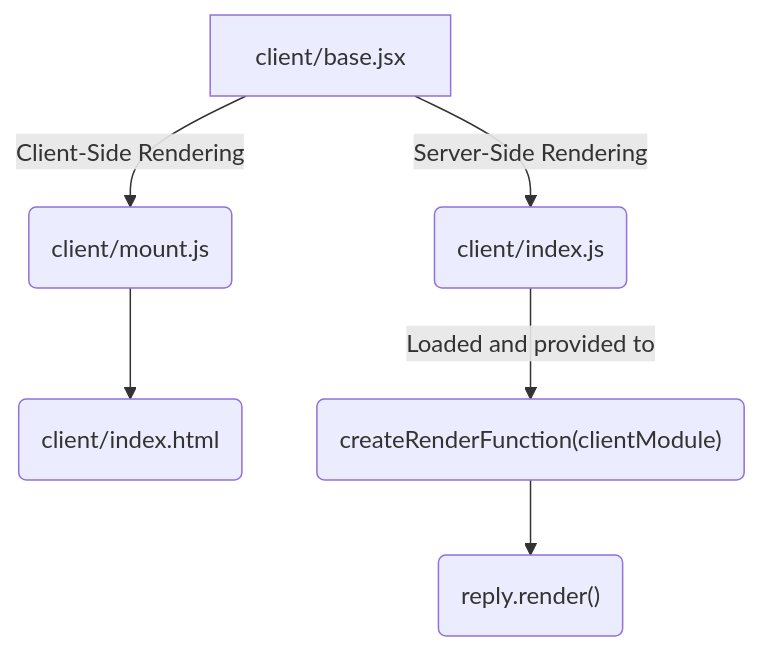
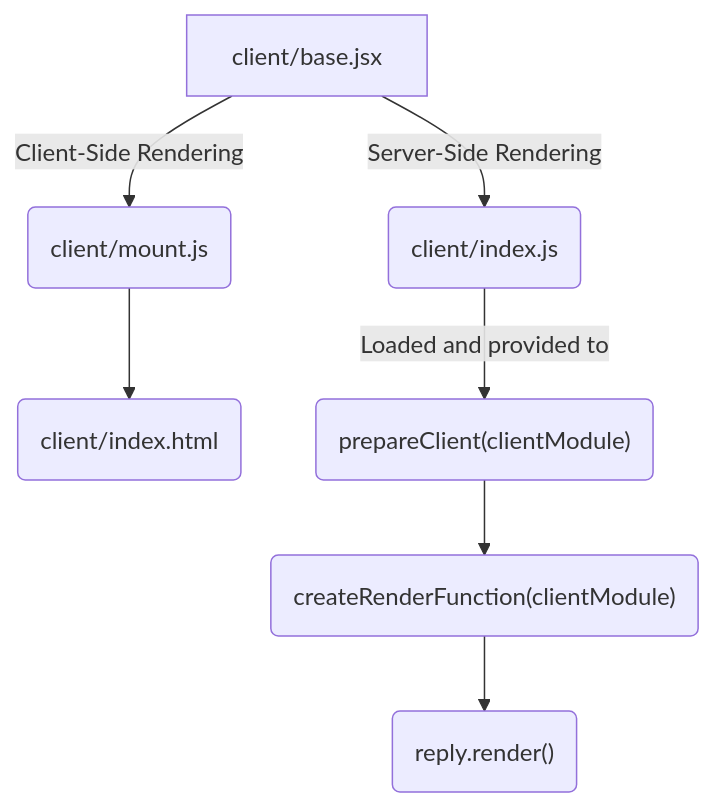
Before and after one commit to fastify/fastify-vite: the second of 2 diagrams in docs/guide/rendering-function.md, drawn with Mermaid. The commit also changed other lines of this file, not shown here.

````diff
--- a/docs/guide/rendering-function.md
+++ b/docs/guide/rendering-function.md
@@ -115,8 +109,9 @@
 ```mermaid
 flowchart TD
     A[client/base.jsx] -->|Client-Side Rendering| B(client/mount.js)
     A -->|Server-Side Rendering| C(client/index.js)
     B -->D(client/index.html)
-    C -->|Loaded and provided to| E("createRenderFunction(clientModule)")
-    E --> F("reply.render()")
+    C -->|Loaded and provided to| E("prepareClient(clientModule)")
+    E --> F("createRenderFunction(clientModule)")
+    F --> G("reply.render()")
 ```
````
